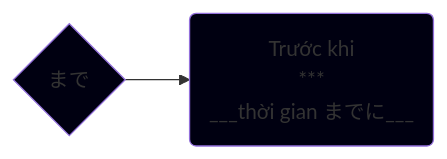
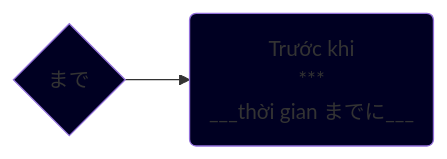
Before and after one commit to tea1504/learn: the diagram in TroTu/まで.md, drawn with Mermaid. The commit also changed 7 other files, not shown here.

````diff
--- a/TroTu/まで.md
+++ b/TroTu/まで.md
@@ -1,9 +1,9 @@
 ```mermaid
 graph LR;
 	tt{まで}
 
 	tt-->truocKhi(Trước khi\n***\n___thời gian までに___)
 
-	style tt fill:#001
-	style truocKhi fill:#001
+	style tt fill:#002
+	style truocKhi fill:#002
 ```
````
